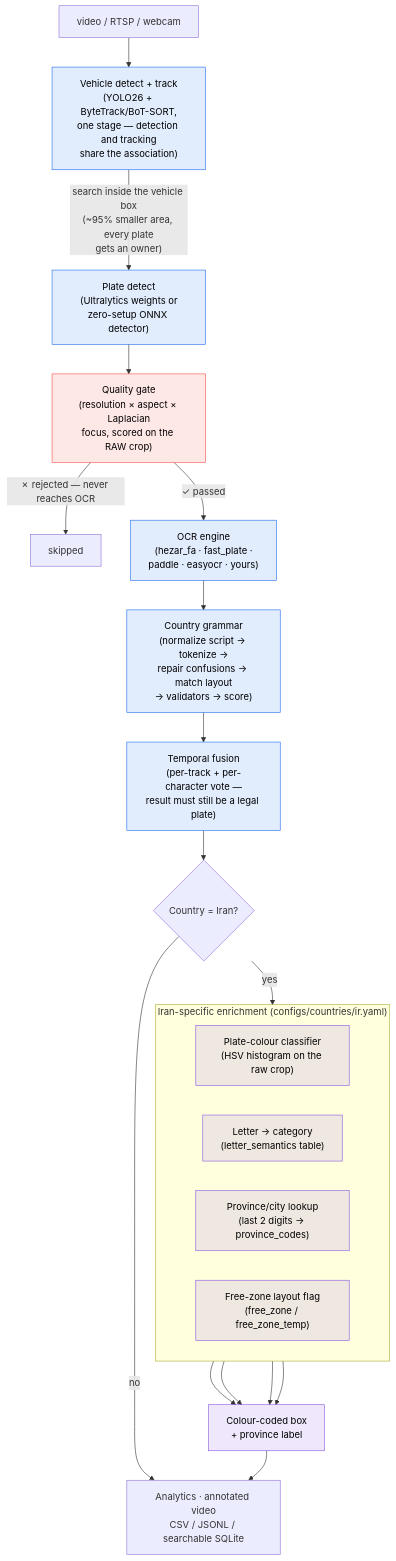
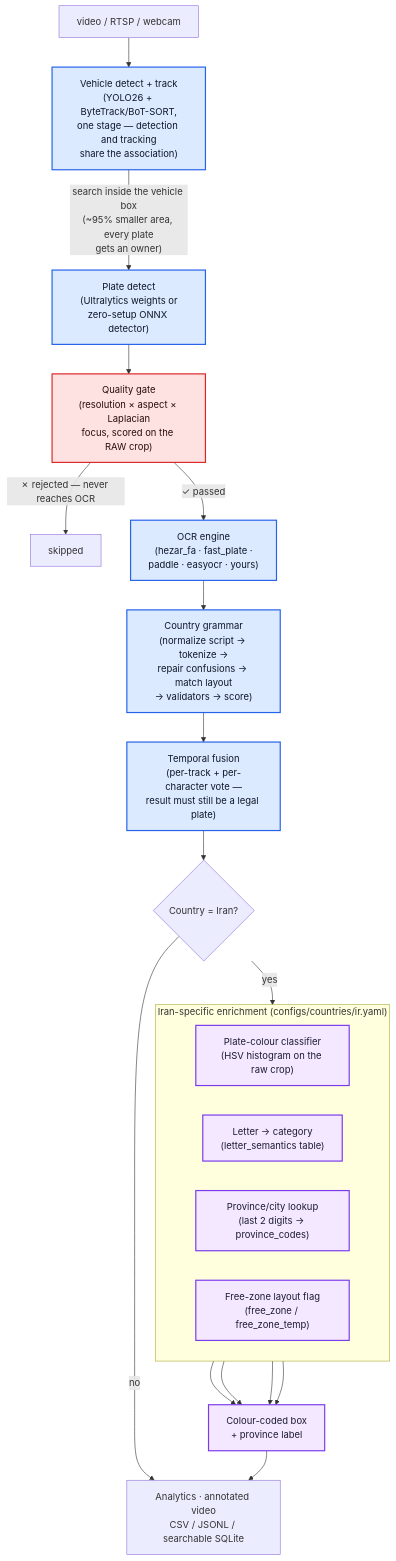
Before and after one commit to ParsaVictor/pelakx-license-plate-detection: the second of 2 diagrams in README.md, drawn with Mermaid. The commit also changed other lines of this file and 1 other file, not shown here.

First line of the commit message:
docs(readme): hero demo GIF, readable diagram colors, fuller Persian plate-types table

````diff
--- a/README.md
+++ b/README.md
@@ -297,34 +306,34 @@
 ```mermaid
 flowchart TD
     A[video / RTSP / webcam] --> B["Vehicle detect + track<br/>(YOLO26 + ByteTrack/BoT-SORT,<br/>one stage — detection and tracking<br/>share the association)"]
     B -->|"search inside the vehicle box<br/>(~95% smaller area, every plate<br/>gets an owner)"| C["Plate detect<br/>(Ultralytics weights or<br/>zero-setup ONNX detector)"]
     C --> D["Quality gate<br/>(resolution × aspect × Laplacian<br/>focus, scored on the RAW crop)"]
     D -->|"✗ rejected — never reaches OCR"| Z[skipped]
     D -->|"✓ passed"| E["OCR engine<br/>(hezar_fa · fast_plate ·<br/>paddle · easyocr · yours)"]
     E --> F["Country grammar<br/>(normalize script → tokenize →<br/>repair confusions → match layout<br/>→ validators → score)"]
     F --> G["Temporal fusion<br/>(per-track + per-character vote —<br/>result must still be a legal plate)"]
     G --> H{"Country = Iran?"}
     H -->|no| K[Analytics · annotated video<br/>CSV / JSONL / searchable SQLite]
     H -->|yes| I["Iran enrichment"]
 
     subgraph I ["Iran-specific enrichment (configs/countries/ir.yaml)"]
         direction LR
         I1["Plate-colour classifier<br/>(HSV histogram on the raw crop)"]
         I2["Letter → category<br/>(letter_semantics table)"]
         I3["Province/city lookup<br/>(last 2 digits → province_codes)"]
         I4["Free-zone layout flag<br/>(free_zone / free_zone_temp)"]
     end
 
     I1 --> J["Colour-coded box<br/>+ province label"]
     I2 --> J
     I3 --> J
     I4 --> J
     J --> K
 
-    classDef stage fill:#1f6feb22,stroke:#1f6feb,color:inherit;
-    classDef gate fill:#f8514922,stroke:#f85149,color:inherit;
-    classDef iran fill:#8957e522,stroke:#8957e5,color:inherit;
+    classDef stage fill:#dbeafe,stroke:#2563eb,stroke-width:2px,color:#0f1729;
+    classDef gate fill:#fee2e2,stroke:#dc2626,stroke-width:2px,color:#2a0a0a;
+    classDef iran fill:#f3e8ff,stroke:#7c3aed,stroke-width:2px,color:#1e1b2e;
     class B,C,E,F,G stage;
     class D gate;
     class I1,I2,I3,I4,J iran;
 ```
````
